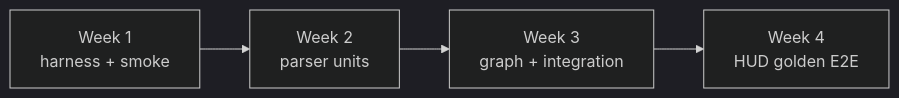
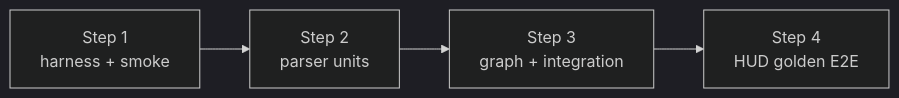
The first of 2 diagrams in docs/TESTING.md (j0viane/focus), drawn with Mermaid (dark theme) before and after one commit. The commit also changed other lines of this file and 3 other files, not shown here.

Commit message:
Roadmap measures steps, not weeks; README reflects that scan indexes facts today.

````diff
--- a/docs/TESTING.md
+++ b/docs/TESTING.md
@@ -29,9 +29,9 @@
 ```mermaid
 flowchart LR
-    W1[Week 1<br/>harness + smoke]
-    W2[Week 2<br/>parser units]
-    W3[Week 3<br/>graph + integration]
-    W4[Week 4<br/>HUD golden E2E]
+    W1[Step 1<br/>harness + smoke]
+    W2[Step 2<br/>parser units]
+    W3[Step 3<br/>graph + integration]
+    W4[Step 4<br/>HUD golden E2E]
 
     W1 --> W2 --> W3 --> W4
 ```
````
